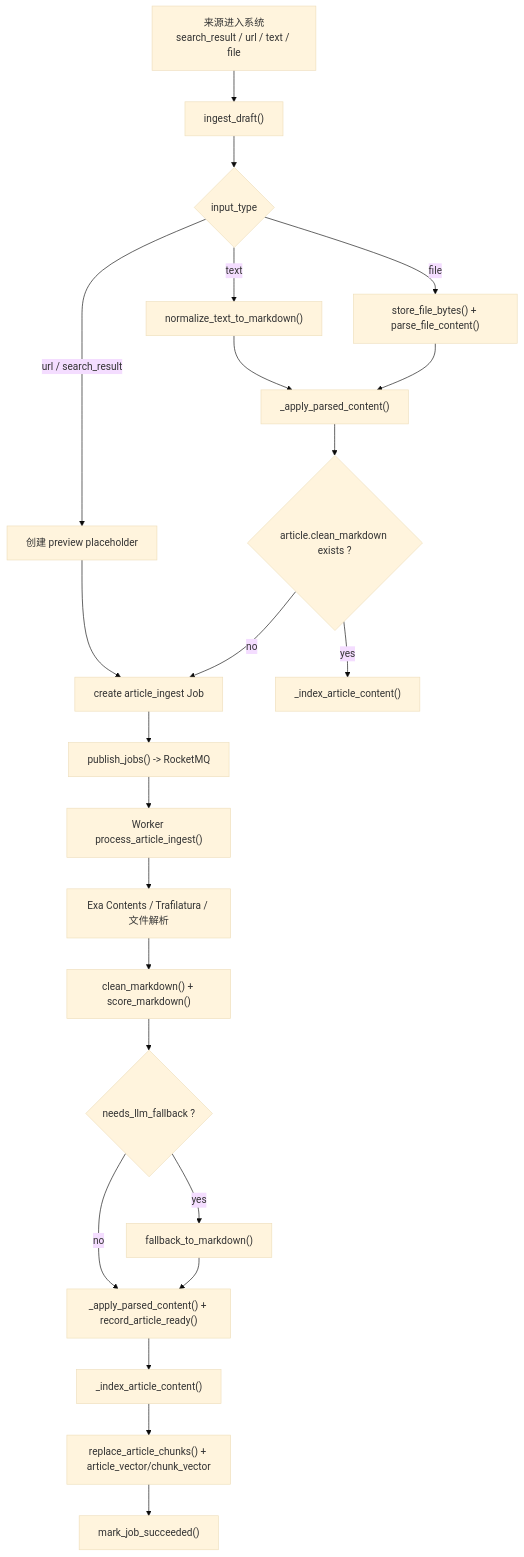
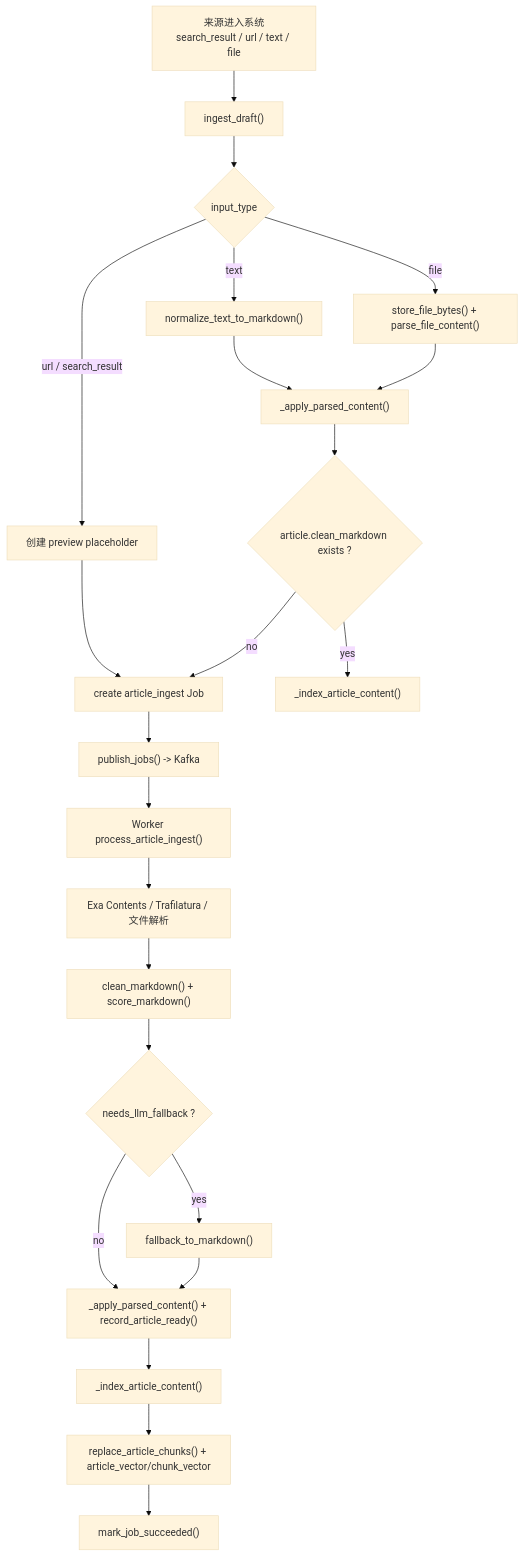
The third of 6 diagrams in docs/system-architecture.md (jiyue333/notebooklm), drawn with Mermaid (base theme) before and after one commit. The commit also changed other lines of this file and 34 other files, not shown here.

````diff
--- a/docs/system-architecture.md
+++ b/docs/system-architecture.md
@@ -305,29 +296,29 @@
 ```mermaid
 flowchart TD
     A["来源进入系统<br/>search_result / url / text / file"] --> B["ingest_draft()"]
     B --> C{"input_type"}
 
     C -- "text" --> D["normalize_text_to_markdown()"]
     C -- "file" --> E["store_file_bytes() + parse_file_content()"]
     C -- "url / search_result" --> F["创建 preview placeholder"]
 
     D --> G["_apply_parsed_content()"]
     E --> G
     F --> H["create article_ingest Job"]
 
     G --> I{"article.clean_markdown exists ?"}
     I -- "yes" --> J["_index_article_content()"]
     I -- "no" --> H
 
-    H --> K["publish_jobs() -> RocketMQ"]
+    H --> K["publish_jobs() -> Kafka"]
     K --> L["Worker process_article_ingest()"]
     L --> M["Exa Contents / Trafilatura / 文件解析"]
     M --> N["clean_markdown() + score_markdown()"]
     N --> O{"needs_llm_fallback ?"}
     O -- "yes" --> P["fallback_to_markdown()"]
     O -- "no" --> Q["_apply_parsed_content() + record_article_ready()"]
     P --> Q
     Q --> R["_index_article_content()"]
     R --> S["replace_article_chunks() + article_vector/chunk_vector"]
     S --> T["mark_job_succeeded()"]
 ```
````
